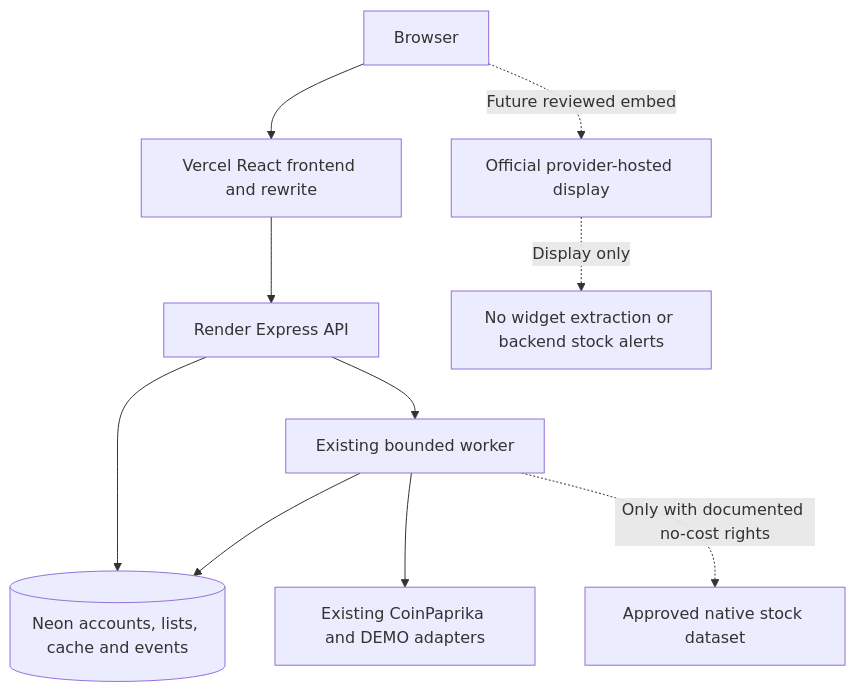
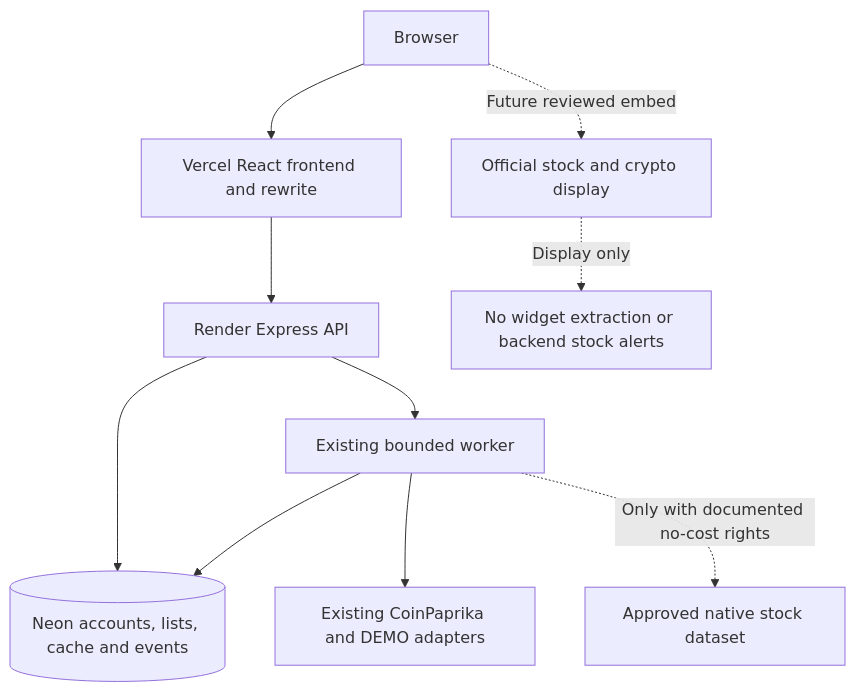
The second of 2 diagrams in docs/architecture.md (akanksha15sharma/Market-pulse), drawn with Mermaid before and after one commit. The commit also changed other lines of this file and 8 other files, not shown here.

````diff
--- a/docs/architecture.md
+++ b/docs/architecture.md
@@ -95,12 +104,12 @@
 ```mermaid
 flowchart TD
     Browser[Browser] --> Vercel[Vercel React frontend and rewrite]
     Vercel --> API[Render Express API]
     API --> DB[(Neon accounts, lists, cache and events)]
     API --> Worker[Existing bounded worker]
     Worker --> DB
     Worker --> Current[Existing CoinPaprika and DEMO adapters]
-    Browser -. Future reviewed embed .-> Widget[Official provider-hosted display]
+    Browser -. Future reviewed embed .-> Widget[Official stock and crypto display]
     Worker -. Only with documented no-cost rights .-> Feed[Approved native stock dataset]
     Widget -. Display only .-> Limit[No widget extraction or backend stock alerts]
 ```
````
